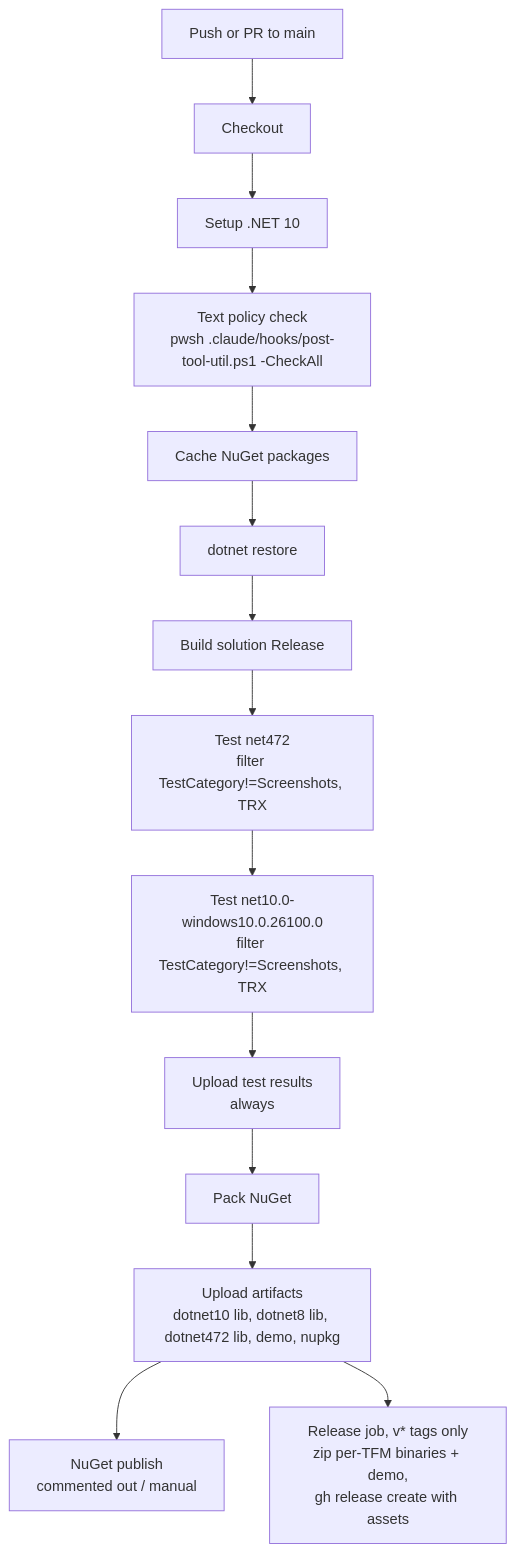
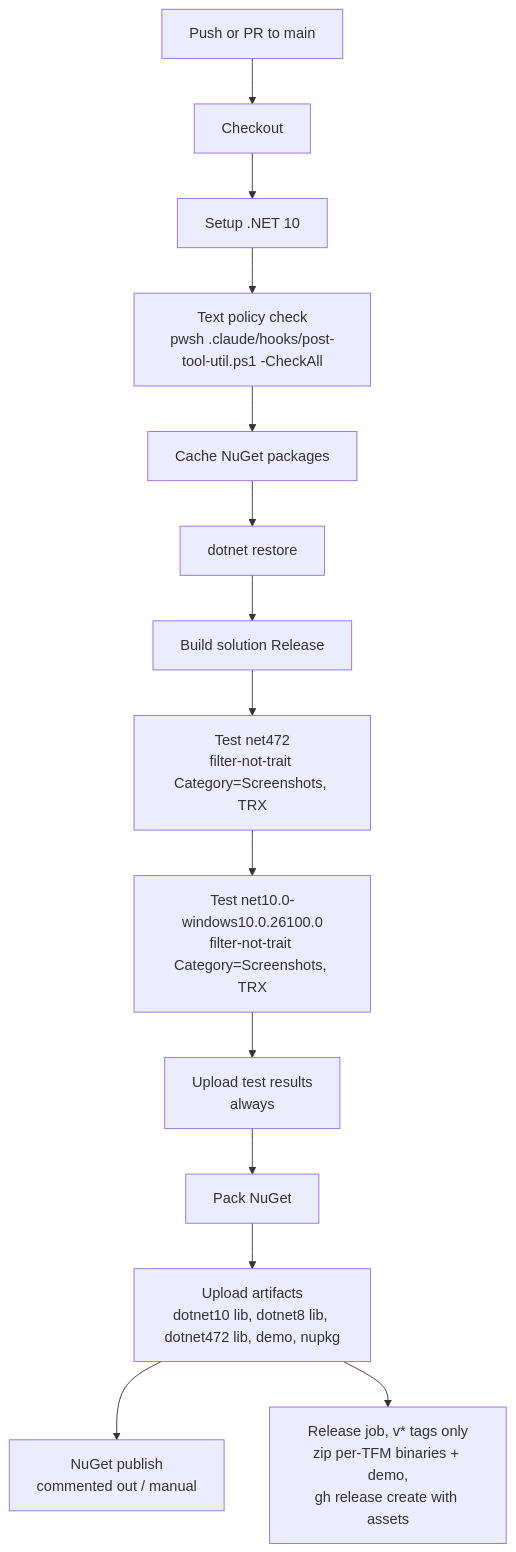
One commit to sintaxasn/Fluence.Wpf changed the diagram in AGENTS.md. Above: the diagram before and after it, drawn with Mermaid. The commit also changed other lines of this file and 3 other files, not shown here.

````diff
--- a/AGENTS.md
+++ b/AGENTS.md
@@ -304,16 +304,16 @@
 ```mermaid
 flowchart TD
     A[Push or PR to main] --> B[Checkout]
     B --> C[Setup .NET 10]
     C --> G[Text policy check<br/>pwsh .claude/hooks/post-tool-util.ps1 -CheckAll]
     G --> D[Cache NuGet packages]
     D --> E[dotnet restore]
     E --> H[Build solution Release]
-    H --> I[Test net472<br/>filter TestCategory!=Screenshots, TRX]
-    I --> J[Test net10.0-windows10.0.26100.0<br/>filter TestCategory!=Screenshots, TRX]
+    H --> I[Test net472<br/>filter-not-trait Category=Screenshots, TRX]
+    I --> J[Test net10.0-windows10.0.26100.0<br/>filter-not-trait Category=Screenshots, TRX]
     J --> K[Upload test results<br/>always]
     K --> L[Pack NuGet]
     L --> M[Upload artifacts<br/>dotnet10 lib, dotnet8 lib, dotnet472 lib, demo, nupkg]
     M --> N[NuGet publish<br/>commented out / manual]
     M --> R[Release job, v* tags only<br/>zip per-TFM binaries + demo,<br/>gh release create with assets]
 ```
````
